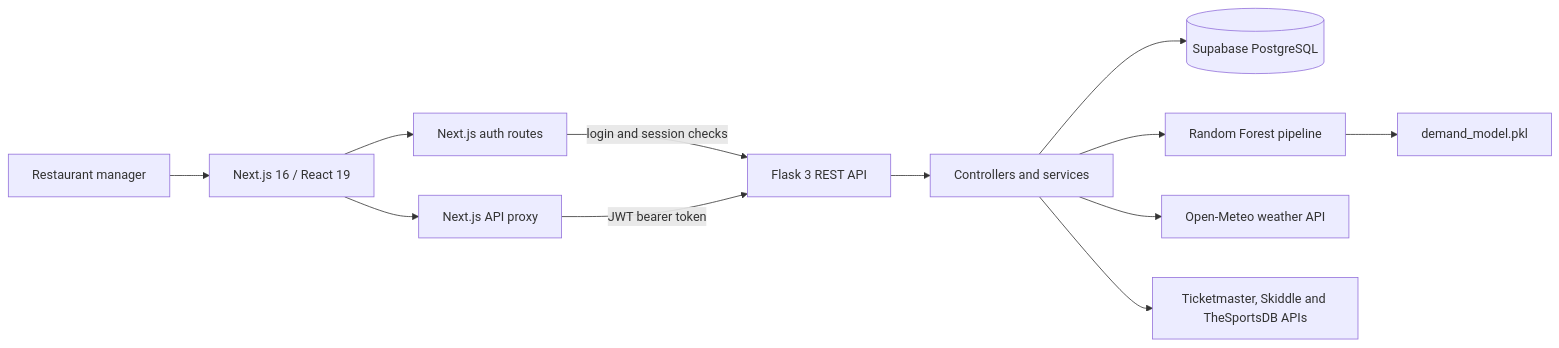
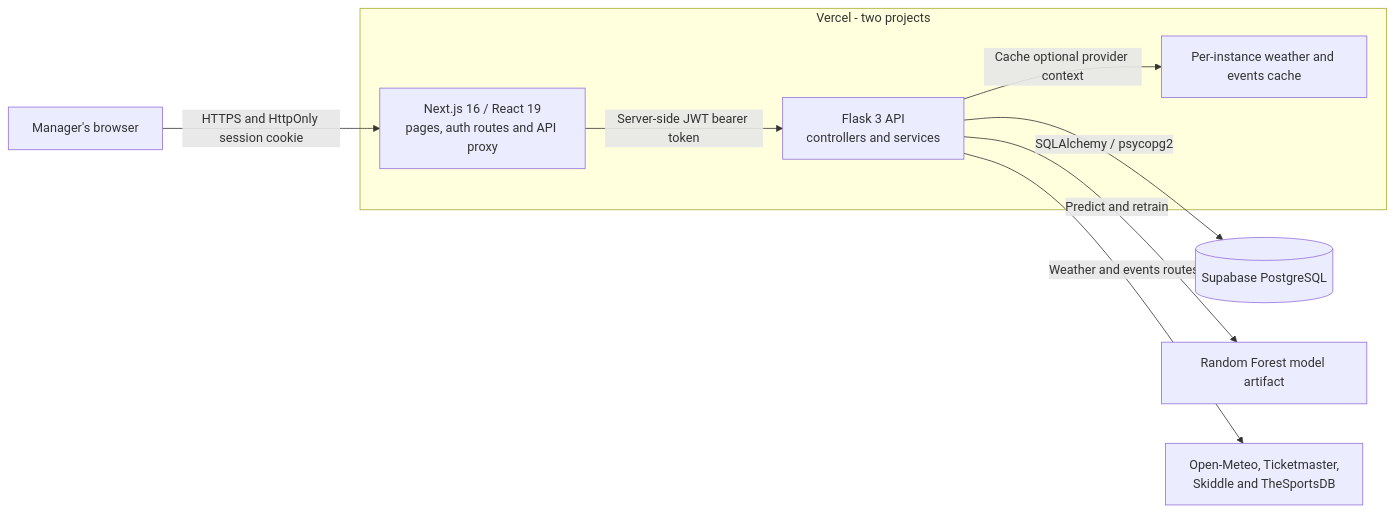
The diagram in README.md (vale2015/Dissertation), drawn with Mermaid before and after one commit. The commit also changed other lines of this file, not shown here.

Commit message:
Update architecture and deployment README

````diff
--- a/README.md
+++ b/README.md
@@ -11,14 +11,14 @@
 ```mermaid
 flowchart LR
-    U[Restaurant manager] --> N[Next.js 16 / React 19]
-    N --> A[Next.js auth routes]
-    N --> P[Next.js API proxy]
-    A -->|login and session checks| F[Flask 3 REST API]
-    P -->|JWT bearer token| F
-    F --> S[Controllers and services]
-    S --> D[(Supabase PostgreSQL)]
-    S --> M[Random Forest pipeline]
-    S --> W[Open-Meteo weather API]
-    S --> T[Ticketmaster, Skiddle and TheSportsDB APIs]
-    M --> X[demand_model.pkl]
+    B["Manager's browser"] -->|"HTTPS and HttpOnly session cookie"| N
+    subgraph V["Vercel - two projects"]
+        N["Next.js 16 / React 19<br/>pages, auth routes and API proxy"]
+        F["Flask 3 API<br/>controllers and services"]
+        C["Per-instance weather and events cache"]
+    end
+    N -->|"Server-side JWT bearer token"| F
+    F -->|"SQLAlchemy / psycopg2"| D[("Supabase PostgreSQL")]
+    F -->|"Predict and retrain"| M["Random Forest model artifact"]
+    F -->|"Weather and events routes"| P["Open-Meteo, Ticketmaster,<br/>Skiddle and TheSportsDB"]
+    F -->|"Cache optional provider context"| C
 ```
````
